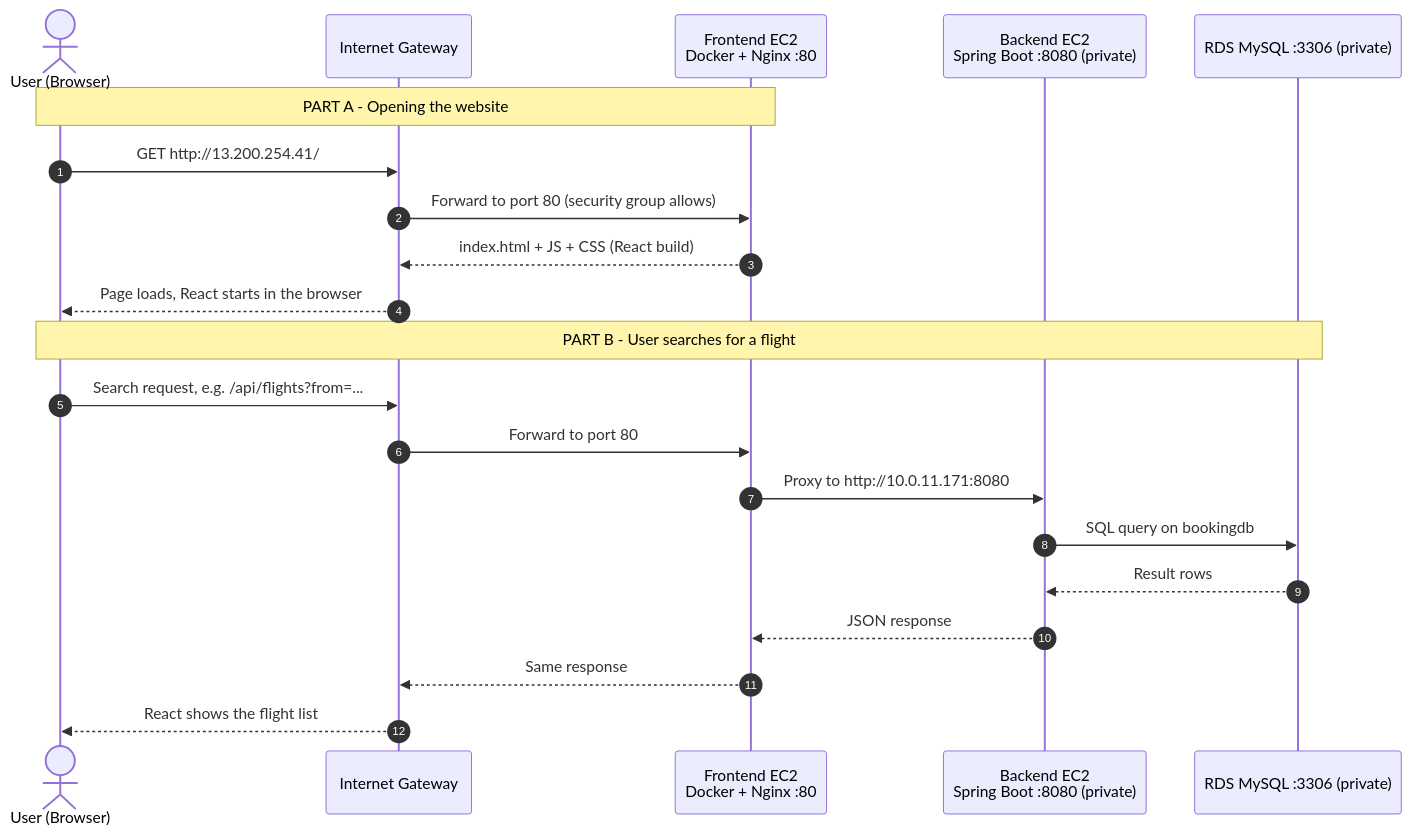
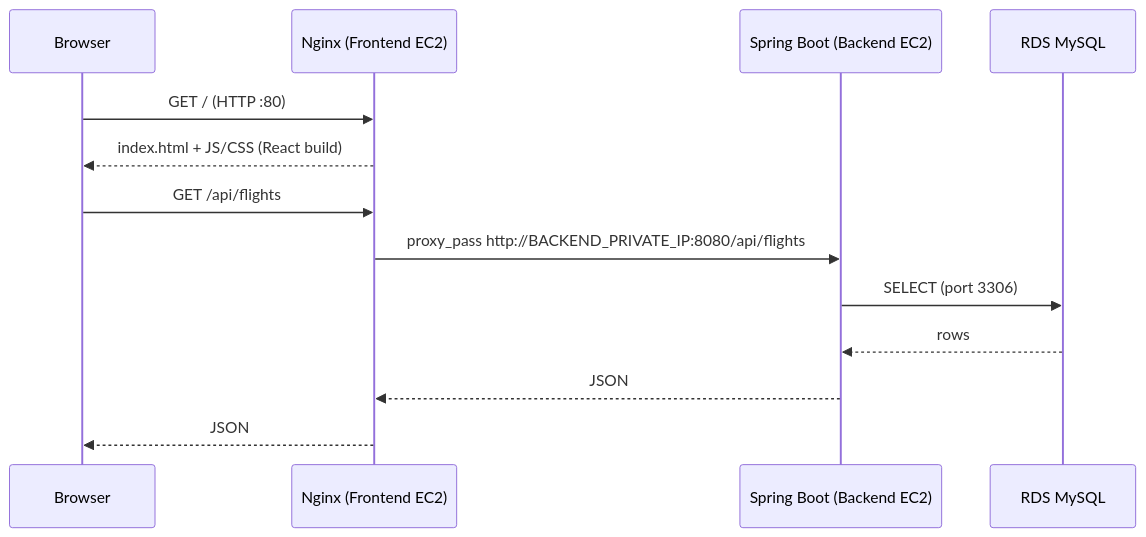
Before and after one commit to ajaydhadi95-gif/-FlightFinder-frontend-React: the second of 3 diagrams in Project_Overview.md, drawn with Mermaid. The commit also changed other lines of this file, not shown here.

````diff
--- a/Project_Overview.md
+++ b/Project_Overview.md
@@ -135,25 +79,16 @@
 ```mermaid
 sequenceDiagram
-    autonumber
-    actor U as User (Browser)
-    participant IGW as Internet Gateway
-    participant N as Frontend EC2<br/>Docker + Nginx :80
-    participant B as Backend EC2<br/>Spring Boot :8080 (private)
-    participant D as RDS MySQL :3306 (private)
+    participant B as Browser
+    participant N as Nginx (Frontend EC2)
+    participant S as Spring Boot (Backend EC2)
+    participant D as RDS MySQL
 
-    Note over U,N: PART A - Opening the website
-    U->>IGW: GET http://13.200.254.41/
-    IGW->>N: Forward to port 80 (security group allows)
-    N-->>IGW: index.html + JS + CSS (React build)
-    IGW-->>U: Page loads, React starts in the browser
-
-    Note over U,D: PART B - User searches for a flight
-    U->>IGW: Search request, e.g. /api/flights?from=...
-    IGW->>N: Forward to port 80
-    N->>B: Proxy to http://10.0.11.171:8080
-    B->>D: SQL query on bookingdb
-    D-->>B: Result rows
-    B-->>N: JSON response
-    N-->>IGW: Same response
-    IGW-->>U: React shows the flight list
+    B->>N: GET / (HTTP :80)
+    N-->>B: index.html + JS/CSS (React build)
+    B->>N: GET /api/flights
+    N->>S: proxy_pass http://BACKEND_PRIVATE_IP:8080/api/flights
+    S->>D: SELECT (port 3306)
+    D-->>S: rows
+    S-->>N: JSON
+    N-->>B: JSON
 ```
````
